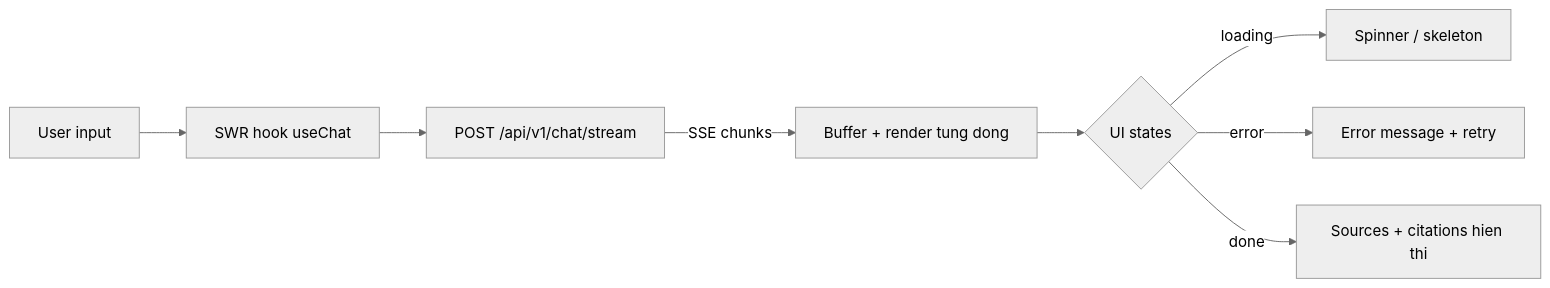
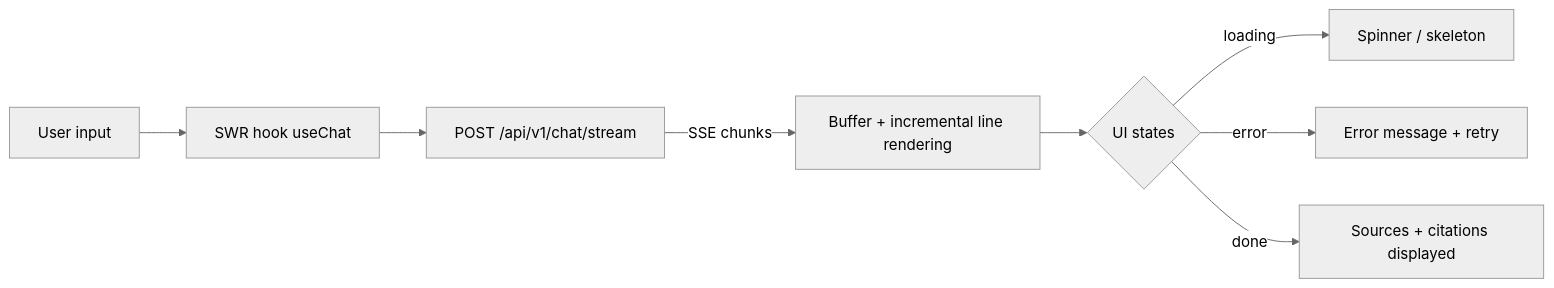
The diagram in knowledge-base/technical-book/chapter-09.md (Dokhacgiakhoa/Project-Builder-4-Agents), drawn with Mermaid (neutral theme) before and after one commit. The commit also changed other lines of this file and 62 other files, not shown here.

````diff
--- a/knowledge-base/technical-book/chapter-09.md
+++ b/knowledge-base/technical-book/chapter-09.md
@@ -152,10 +152,10 @@
 ```mermaid
 flowchart LR
     U[User input] --> SW[SWR hook useChat]
     SW --> API["POST /api/v1/chat/stream"]
-    API -->|SSE chunks| BUF[Buffer + render tung dong]
+    API -->|SSE chunks| BUF[Buffer + incremental line rendering]
     BUF --> STATES{UI states}
     STATES -->|loading| SP["Spinner / skeleton"]
     STATES -->|error| ER[Error message + retry]
-    STATES -->|done| DK[Sources + citations hien thi]
+    STATES -->|done| DK[Sources + citations displayed]
 ```
````
